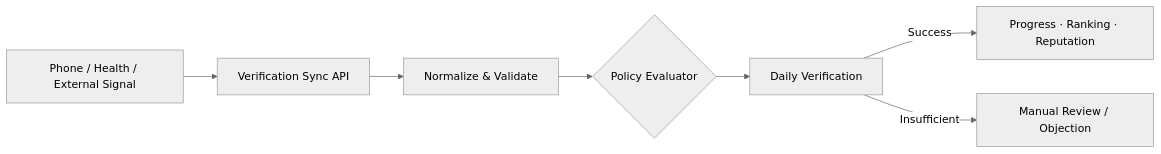
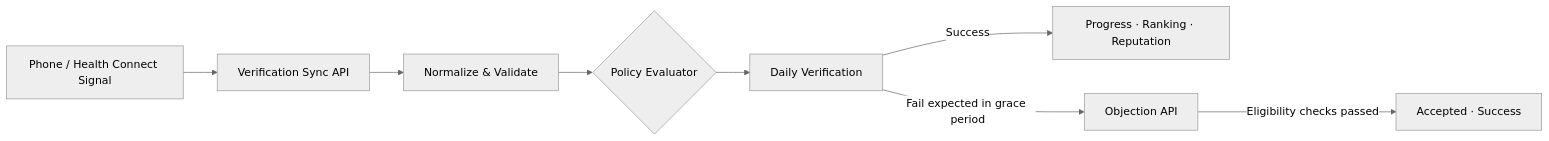
Before and after one commit to RuleUp-ASM/Backend: the third of 3 diagrams in README.md, drawn with Mermaid (neutral theme). The commit also changed other lines of this file and 15 other files, not shown here.

````diff
--- a/README.md
+++ b/README.md
@@ -153,9 +159,10 @@
 ```mermaid
 flowchart LR
-    Sensor[Phone / Health / External Signal] --> Sync[Verification Sync API]
+    Sensor[Phone / Health Connect Signal] --> Sync[Verification Sync API]
     Sync --> Normalize[Normalize & Validate]
     Normalize --> Evaluator{Policy Evaluator}
     Evaluator --> Daily[Daily Verification]
     Daily -->|Success| Score[Progress · Ranking · Reputation]
-    Daily -->|Insufficient| Manual[Manual Review / Objection]
+    Daily -->|Fail expected in grace period| Objection[Objection API]
+    Objection -->|Eligibility checks passed| Success[Accepted · Success]
 ```
````
